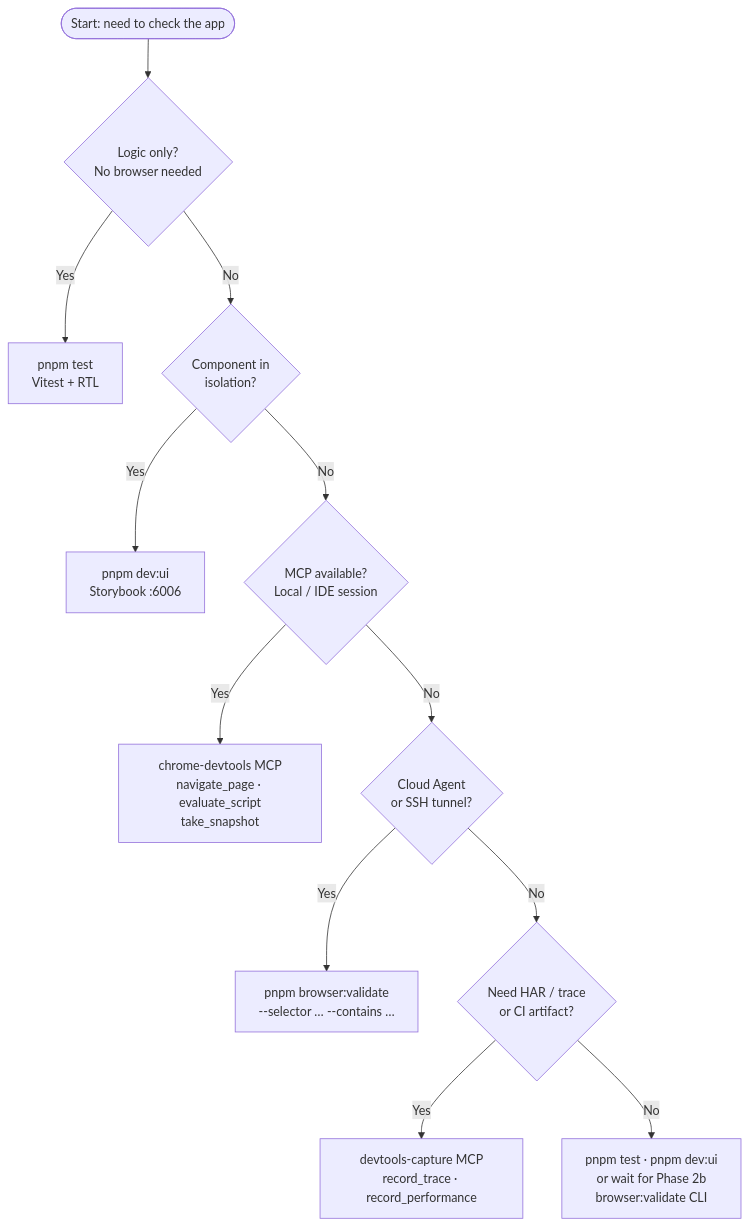
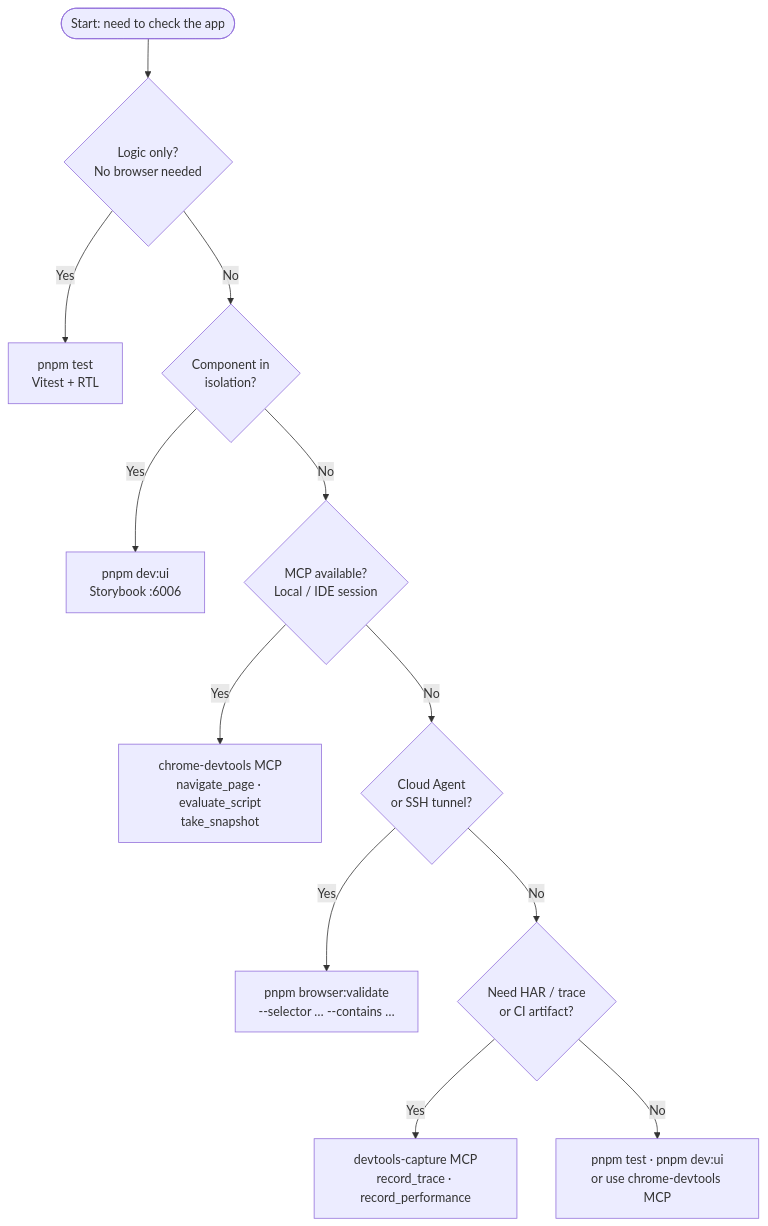
One commit to andrej-kolic/turborepo-react-starter changed the diagram in docs/browser-validation.md. Above: the diagram before and after it, drawn with Mermaid. The commit also changed other lines of this file and 9 other files, not shown here.

Commit message:
Phase 2b - new verify CLI

````diff
--- a/docs/browser-validation.md
+++ b/docs/browser-validation.md
@@ -22,14 +22,14 @@
 ```mermaid
 flowchart TD
     A([Start: need to check the app]) --> B{Logic only?\nNo browser needed}
     B -- Yes --> C[pnpm test\nVitest + RTL]
     B -- No --> D{Component in\nisolation?}
     D -- Yes --> E[pnpm dev:ui\nStorybook :6006]
     D -- No --> F{MCP available?\nLocal / IDE session}
     F -- Yes --> G[chrome-devtools MCP\nnavigate_page · evaluate_script\ntake_snapshot]
     F -- No --> H{Cloud Agent\nor SSH tunnel?}
     H -- Yes --> I[pnpm browser:validate\n--selector … --contains …]
     H -- No --> J{Need HAR / trace\nor CI artifact?}
     J -- Yes --> K[devtools-capture MCP\nrecord_trace · record_performance]
-    J -- No --> L[pnpm test · pnpm dev:ui\nor wait for Phase 2b\nbrowser:validate CLI]
+    J -- No --> L[pnpm test · pnpm dev:ui\nor use chrome-devtools MCP]
 ```
````
